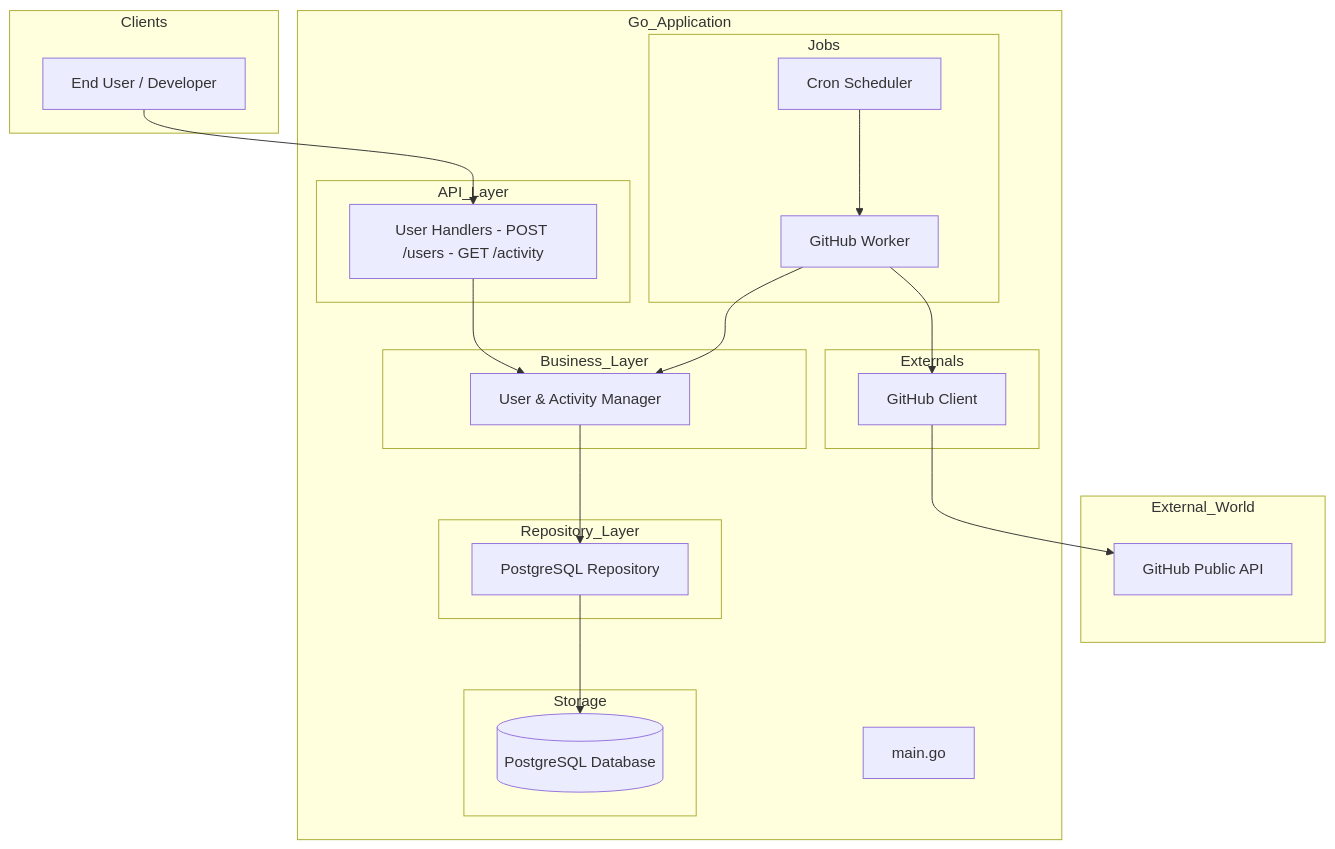
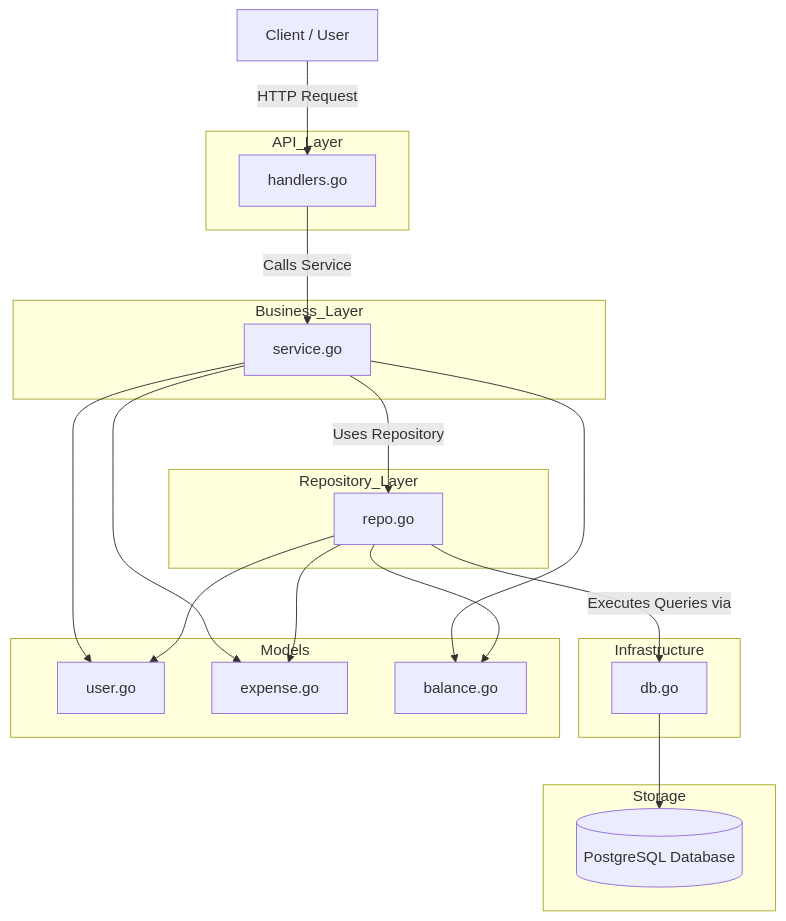
Before and after one commit to gauravsahay007/split-wise-clone: the diagram in Readme.md, drawn with Mermaid. The commit also changed other lines of this file, not shown here.

First line of the commit message:
Add architecture diagram and overview to Readme

````diff
--- a/Readme.md
+++ b/Readme.md
@@ -1,52 +3,53 @@
 ```mermaid
 graph TD
-    %% Define actors and external systems
 
-    subgraph Clients
-        U[End User / Developer]
+    %% Client
+    U[Client / User]
+
+    %% API Layer
+    subgraph API_Layer
+        H[handlers.go]
     end
 
-    subgraph External_World
-        GAPI[GitHub Public API]
+    %% Business Layer
+    subgraph Business_Layer
+        S[service.go]
     end
 
-    subgraph Go_Application
-        M[main.go]
+    %% Repository Layer
+    subgraph Repository_Layer
+        R[repo.go]
+    end
 
-        subgraph API_Layer
-            EH[User Handlers - POST /users - GET /activity]
-        end
+    %% Infrastructure Layer
+    subgraph Infrastructure
+        DBConn[db.go]
+    end
 
-        subgraph Business_Layer
-            BL[User & Activity Manager]
-        end
+    %% Storage
+    subgraph Storage
+        DB[(PostgreSQL Database)]
+    end
 
-        subgraph Repository_Layer
-            RP[PostgreSQL Repository]
-        end
-
-        subgraph Storage
-            DB[(PostgreSQL Database)]
-        end
-
-        subgraph Jobs
-            CR[Cron Scheduler]
-            GW[GitHub Worker]
-        end
-
-        subgraph Externals
-            GC[GitHub Client]
-        end
+    %% Models
+    subgraph Models
+        M1[user.go]
+        M2[expense.go]
+        M3[balance.go]
     end
 
     %% Flow
-    U --> EH
-    EH --> BL
-    BL --> RP
-    RP --> DB
+    U -->|HTTP Request| H
+    H -->|Calls Service| S
+    S -->|Uses Repository| R
+    R -->|Executes Queries via| DBConn
+    DBConn --> DB
 
-    CR --> GW
-    GW --> BL
-    GW --> GC
-    GC --> GAPI
+    %% Models usage
+    S --> M1
+    S --> M2
+    S --> M3
+    R --> M1
+    R --> M2
+    R --> M3
 ```
````
